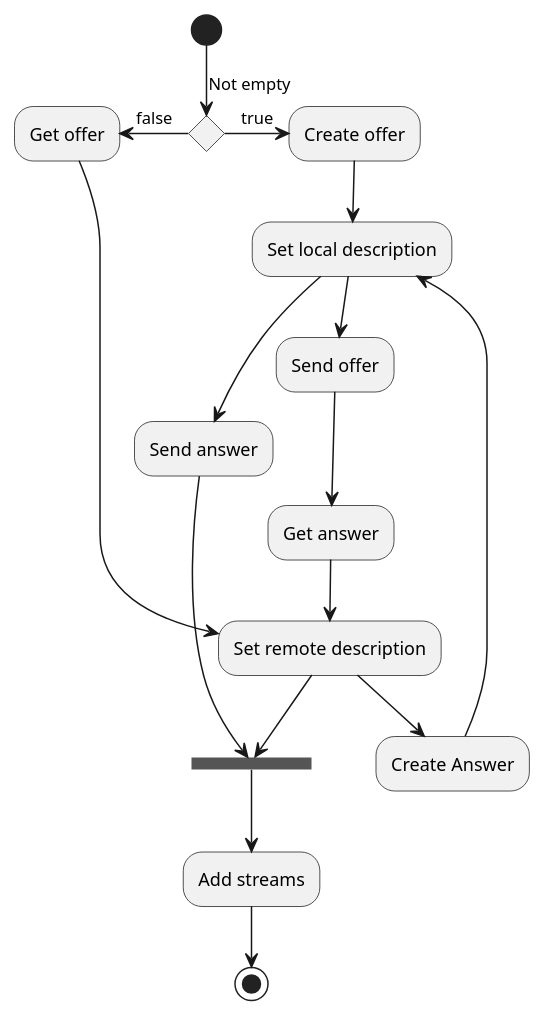
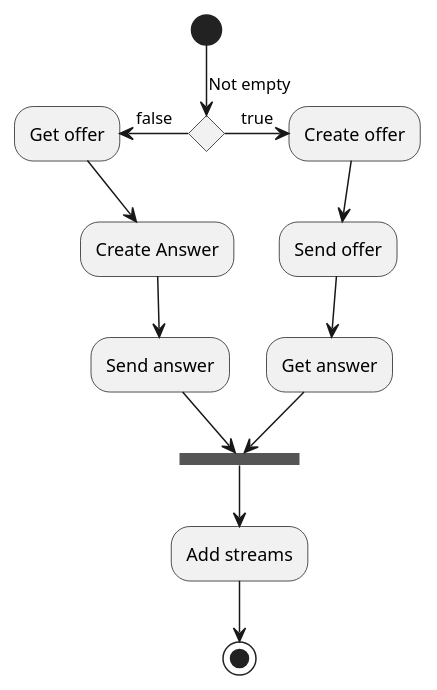
One commit to kariandreyka/Salam changed the diagram in videochat_docs/uml/activity/start_videocall_activity.puml. Above: the diagram before and after it, drawn with PlantUML.

Commit message:
Change start video activity

```diff
--- a/videochat_docs/uml/activity/start_videocall_activity.puml
+++ b/videochat_docs/uml/activity/start_videocall_activity.puml
@@ -1,20 +1,16 @@
 @startuml Start video call
 
 (*) --> if "Not empty"
 -right->[true] "Create offer"
---> "Set local description"
 --> "Send offer"
 --> "Get answer"
---> "Set remote description"
 --> ===B2===
 else
 -left->[false] "Get offer"
---> "Set remote description"
 -->"Create Answer"
---> "Set local description"
 --> "Send answer"
 --> ===B2=== 
 --> "Add streams"
 --> (*)
 
 @enduml
```
